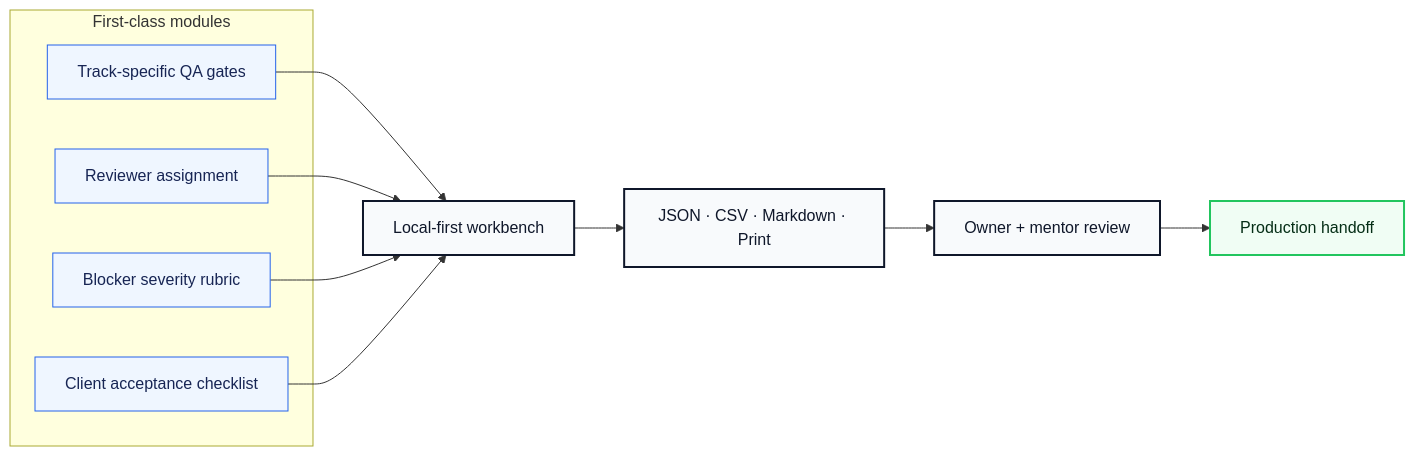
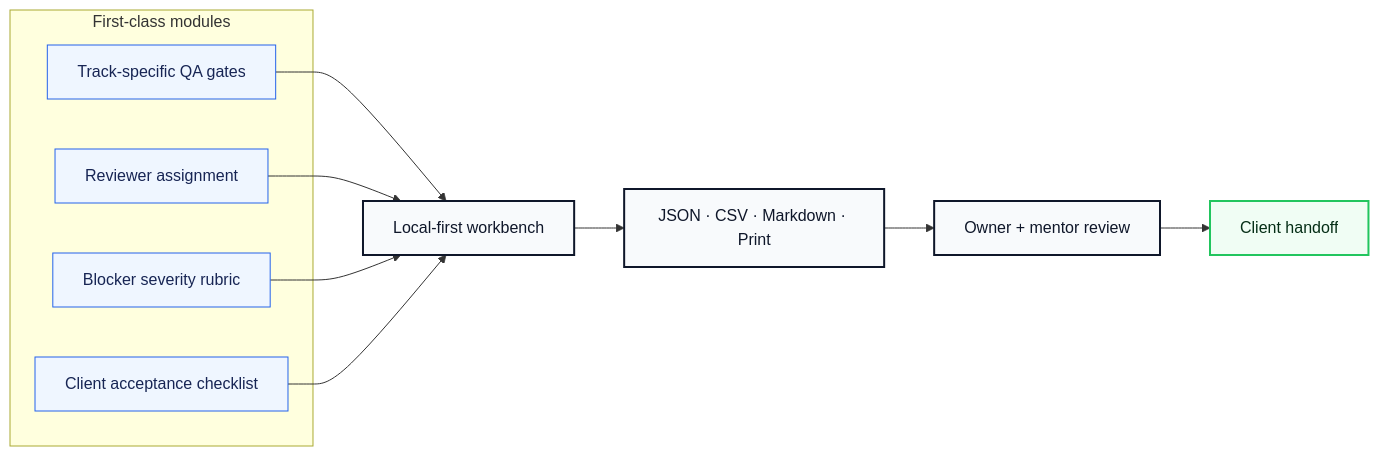
Before and after one commit to volta-npo/qa-gatekeeper: the second of 3 diagrams in README.md, drawn with Mermaid. The commit also changed other lines of this file and 28 other files, not shown here.

````diff
--- a/README.md
+++ b/README.md
@@ -64,23 +64,23 @@
 ```mermaid
 flowchart LR
     subgraph Modules["First-class modules"]
         M1["Track-specific QA gates"]
         M2["Reviewer assignment"]
         M3["Blocker severity rubric"]
         M4["Client acceptance checklist"]
     end
     M1 --> Workbench
     M2 --> Workbench
     M3 --> Workbench
     M4 --> Workbench
     Workbench["Local-first workbench"] --> Exports["JSON · CSV · Markdown · Print"]
     Exports --> Review["Owner + mentor review"]
-    Review --> Launch["Production handoff"]
+    Review --> Launch["Client handoff"]
 
     classDef module fill:#eff6ff,stroke:#2563eb,color:#172554;
     classDef app fill:#f8fafc,stroke:#0f172a,color:#0f172a,stroke-width:2px;
     classDef launch fill:#f0fdf4,stroke:#22c55e,color:#052e16,stroke-width:2px;
     class M1,M2,M3,M4 module;
     class Workbench,Exports,Review app;
     class Launch launch;
 ```
````
